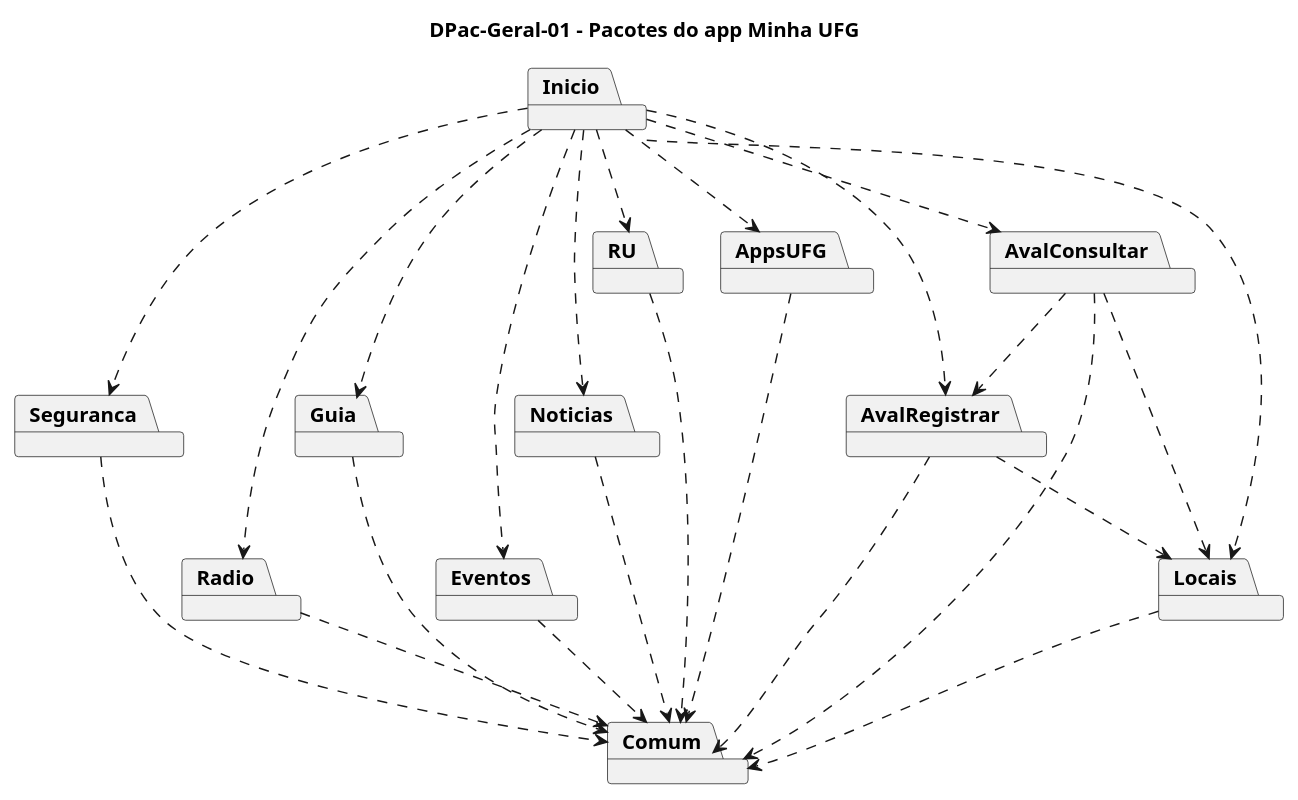
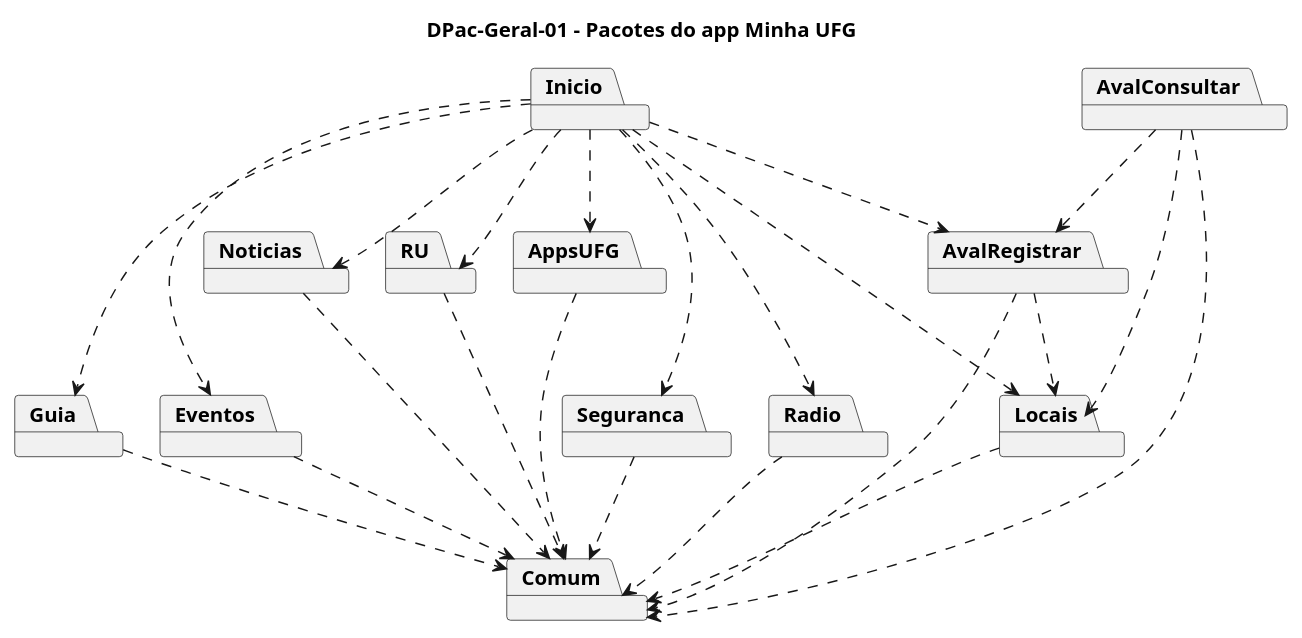
Before and after one commit to joseduardogon/Minha_UFG_Grupo_Cinza: the diagram in Geral/DPac-Geral-01.puml, drawn with PlantUML. The commit also changed 21 other files, not shown here.

```diff
--- a/Geral/DPac-Geral-01.puml
+++ b/Geral/DPac-Geral-01.puml
@@ -1,47 +1,46 @@
 @startuml DPac-Geral-01
 title DPac-Geral-01 – Pacotes do app Minha UFG
 skinparam packageStyle folder
 skinparam nodesep 25
 skinparam ranksep 70
 
 package "Inicio" as Inicio
 
 package "Seguranca" as Seguranca
 package "Radio" as Radio
 package "Guia" as Guia
 package "Eventos" as Eventos
 package "Noticias" as Noticias
 package "RU" as RU
 package "AppsUFG" as AppsUFG
 package "AvalConsultar" as AvalConsultar
 package "AvalRegistrar" as AvalRegistrar
 package "Locais" as Locais
 
 package "Comum" as Comum
 
 Inicio ..> Seguranca
 Inicio ..> Radio
 Inicio ..> Guia
 Inicio ..> Eventos
 Inicio ..> Noticias
 Inicio ..> RU
 Inicio ..> AppsUFG
-Inicio ..> AvalConsultar
 Inicio ..> AvalRegistrar
 Inicio ..> Locais
 
 AvalConsultar ..> AvalRegistrar
 AvalConsultar ..> Locais
 AvalRegistrar ..> Locais
 
 Seguranca ..> Comum
 Radio ..> Comum
 Guia ..> Comum
 Eventos ..> Comum
 Noticias ..> Comum
 RU ..> Comum
 AppsUFG ..> Comum
 AvalConsultar ..> Comum
 AvalRegistrar ..> Comum
 Locais ..> Comum
 @enduml
```
